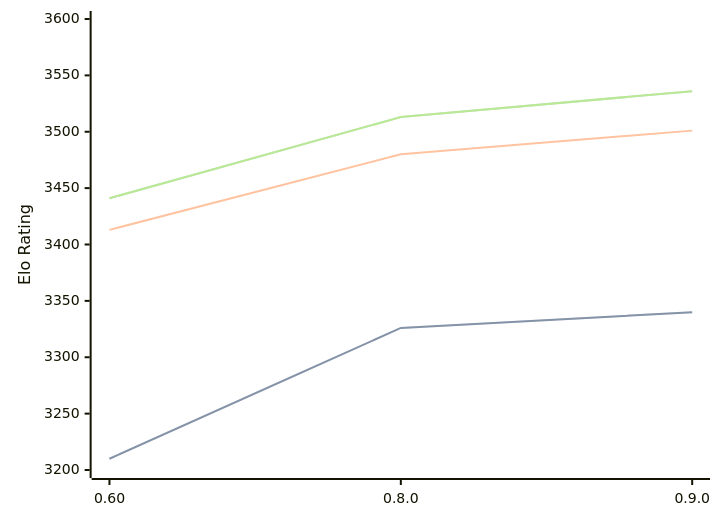
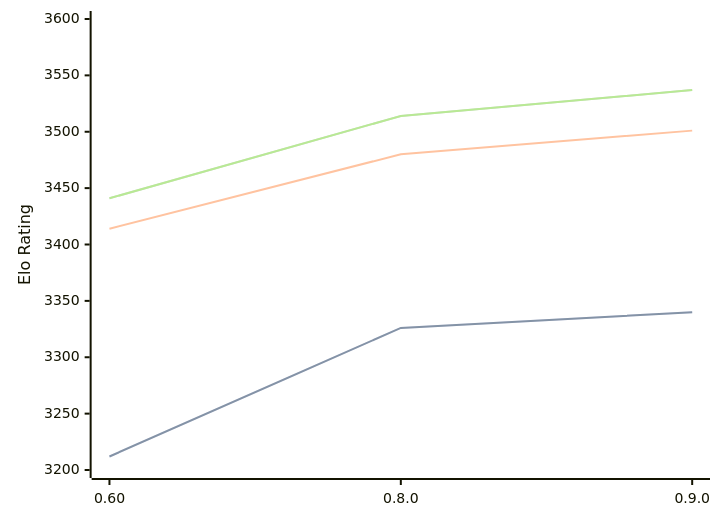
Before and after one commit to computer-chess-index/cci: the diagram in engines/Motor.md, drawn with Mermaid. The commit also changed other lines of this file, not shown here.

Commit message:
Update CCI Ratings (ELO VLTC) - 2026-09-07

````diff
--- a/engines/Motor.md
+++ b/engines/Motor.md
@@ -33,11 +33,11 @@
 ```mermaid
 %%{init: {"theme":"base","themeVariables":{"seriesColors:['#a3a3a3','#222221','#faa371']}}}%%
 xychart-beta
   x-axis ["0.60", "0.8.0", "0.9.0"]
   y-axis "Elo Rating" 3200 --> 3600
-  line "" [3210, 3326, 3340]
-  line "STC (8.0+0.08s)" [3210, 3326, 3340]
-  line "LTC (60.0+0.60s)" [3413, 3480, 3501]
-  line "" [3441, 3513, 3536]
-  line "VLTC (2m24s+1.12s)" [3441, 3513, 3536]
+  line "" [3212, 3326, 3340]
+  line "STC (8.0+0.08s)" [3212, 3326, 3340]
+  line "LTC (60.0+0.60s)" [3414, 3480, 3501]
+  line "" [3441, 3514, 3537]
+  line "VLTC (2m24s+1.12s)" [3441, 3514, 3537]
 ```
````
